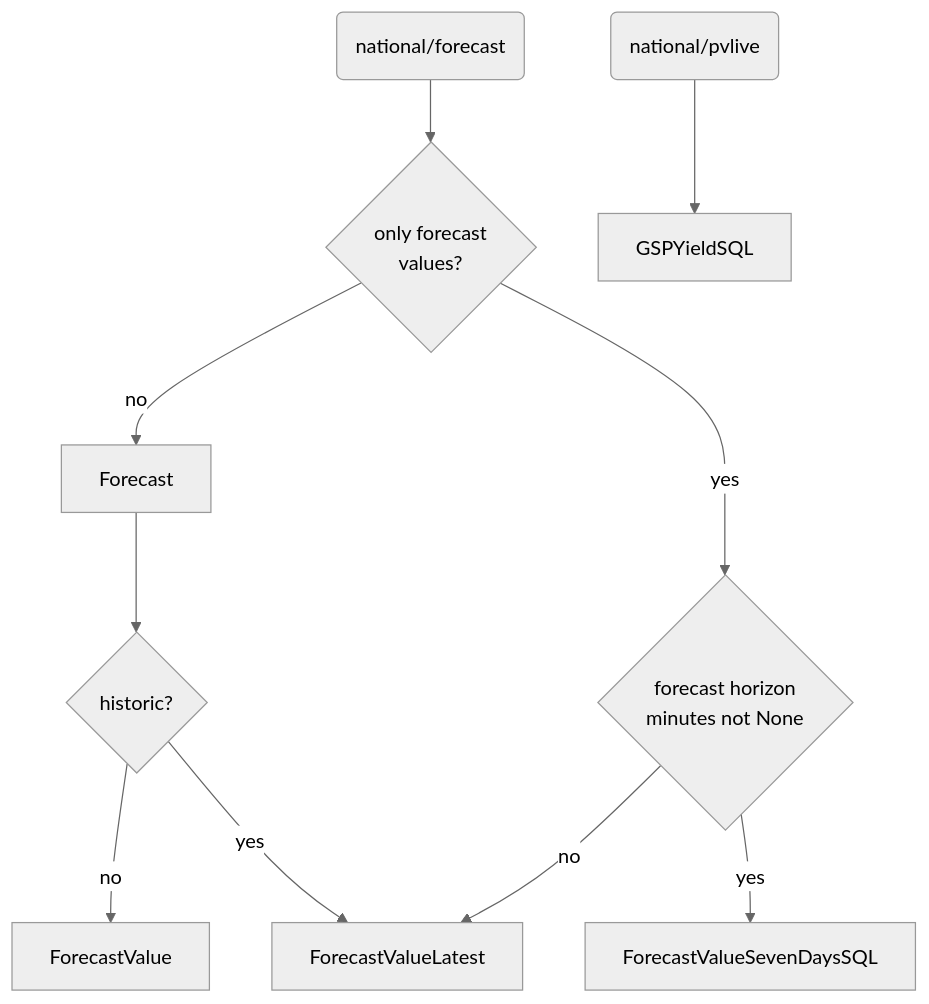
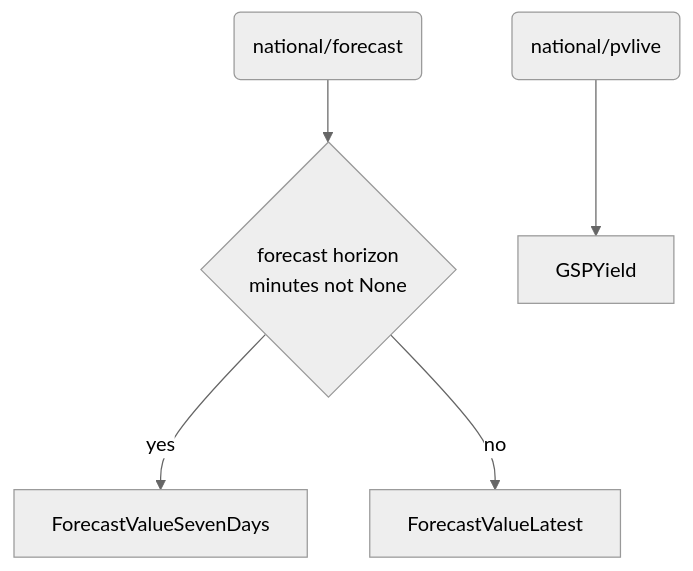
The first of 3 diagrams in README.md (openclimatefix/uk-pv-national-gsp-api), drawn with Mermaid (neutral theme) before and after one commit. The commit also changed other lines of this file, not shown here.

First line of the commit message:
update diagram (#235)

````diff
--- a/README.md
+++ b/README.md
@@ -90,16 +90,11 @@
 ```mermaid
   graph TD;
       N1(national/forecast) --> Q1;
-      Q1{only forecast <br> values?} --> |no| N2
-      N2[Forecast] --> Q2;
-      Q1-->|yes|Q3;
-      Q2{historic?}
-      Q2-->|no| N3[ForecastValue];
-      Q2-->|yes| N4[ForecastValueLatest];
-      Q3{forecast horizon <br> minutes not None}
-      Q3-->|yes| N5[ForecastValueSevenDaysSQL];
-      Q3-->|no| N4;
+      N4[ForecastValueLatest];
+      Q1{forecast horizon <br> minutes not None}
+      Q1-->|yes| N5[ForecastValueSevenDays];
+      Q1-->|no| N4;
 
       NP1(national/pvlive)-->NP2;
-      NP2[GSPYieldSQL];
+      NP2[GSPYield];
 ```
````
